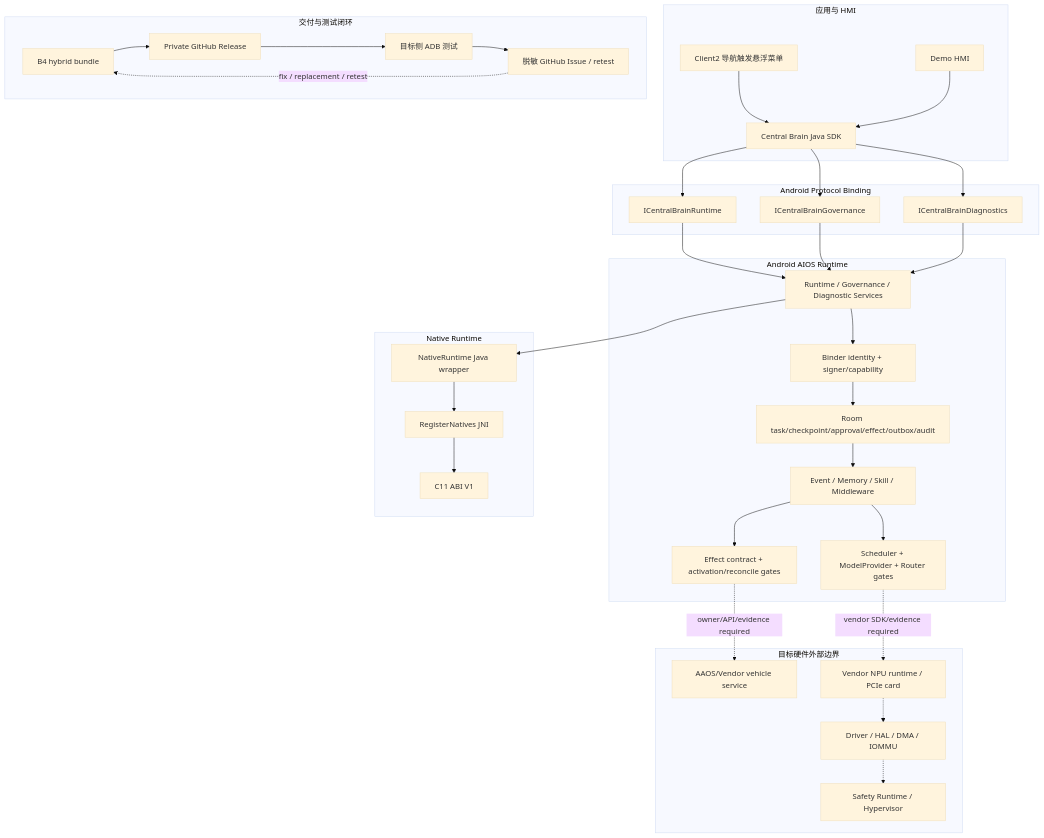
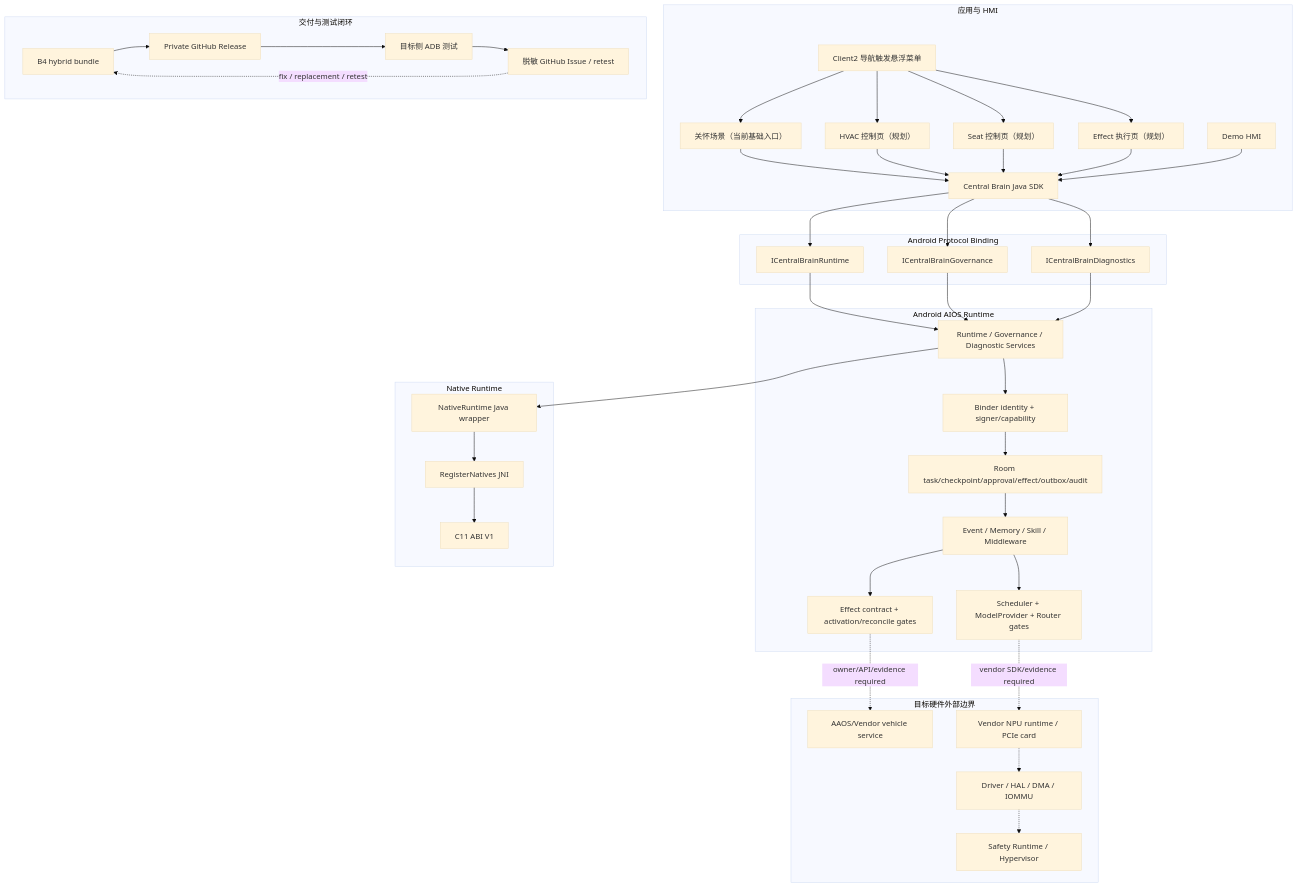
The diagram in README.md (LucasWEIchen/CougarOS), drawn with Mermaid (base theme) before and after one commit. The commit also changed other lines of this file and 15 other files, not shown here.

First line of the commit message:
docs: plan cockpit HVAC and seat control loop

````diff
--- a/README.md
+++ b/README.md
@@ -85,62 +86,73 @@
 ```mermaid
 flowchart TB
   subgraph App["应用与 HMI"]
     Client2["Client2 导航触发悬浮菜单"]
+    Care["关怀场景（当前基础入口）"]
+    ClimateUi["HVAC 控制页（规划）"]
+    SeatUi["Seat 控制页（规划）"]
+    ExecutionUi["Effect 执行页（规划）"]
     Demo["Demo HMI"]
     Sdk["Central Brain Java SDK"]
   end
 
   subgraph Binder["Android Protocol Binding"]
     RuntimeApi["ICentralBrainRuntime"]
     GovApi["ICentralBrainGovernance"]
     DiagApi["ICentralBrainDiagnostics"]
   end
 
   subgraph Runtime["Android AIOS Runtime"]
     Services["Runtime / Governance / Diagnostic Services"]
     Identity["Binder identity + signer/capability"]
     Durable["Room task/checkpoint/approval/effect/outbox/audit"]
     Domains["Event / Memory / Skill / Middleware"]
     Model["Scheduler + ModelProvider + Router gates"]
     Effect["Effect contract + activation/reconcile gates"]
   end
 
   subgraph Native["Native Runtime"]
     JavaBridge["NativeRuntime Java wrapper"]
     Jni["RegisterNatives JNI"]
     CAbi["C11 ABI V1"]
   end
 
   subgraph Target["目标硬件外部边界"]
     Vehicle["AAOS/Vendor vehicle service"]
     VendorNpu["Vendor NPU runtime / PCIe card"]
     Driver["Driver / HAL / DMA / IOMMU"]
     Safety["Safety Runtime / Hypervisor"]
   end
 
   subgraph Delivery["交付与测试闭环"]
     Bundle["B4 hybrid bundle"]
     Release["Private GitHub Release"]
     Tester["目标侧 ADB 测试"]
     Issue["脱敏 GitHub Issue / retest"]
   end
 
-  Client2 --> Sdk
+  Client2 --> Care
+  Client2 --> ClimateUi
+  Client2 --> SeatUi
+  Client2 --> ExecutionUi
+  Care --> Sdk
+  ClimateUi --> Sdk
+  SeatUi --> Sdk
+  ExecutionUi --> Sdk
   Demo --> Sdk
   Sdk --> RuntimeApi
   Sdk --> GovApi
   Sdk --> DiagApi
   RuntimeApi --> Services
   GovApi --> Services
   DiagApi --> Services
   Services --> Identity --> Durable
   Durable --> Domains
   Domains --> Model
   Domains --> Effect
   Services --> JavaBridge --> Jni --> CAbi
   Effect -. "owner/API/evidence required" .-> Vehicle
   Model -. "vendor SDK/evidence required" .-> VendorNpu
   VendorNpu -.-> Driver -.-> Safety
   Bundle --> Release --> Tester --> Issue
   Issue -. "fix / replacement / retest" .-> Bundle
 ```
````
